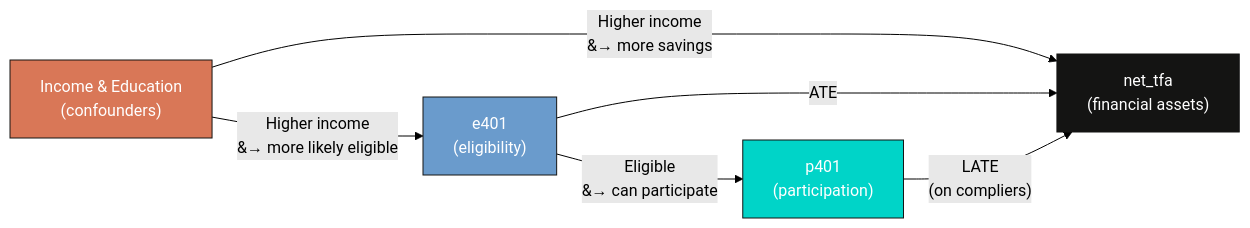
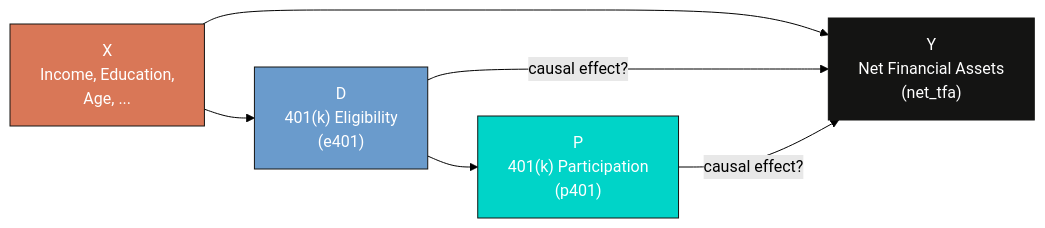
One commit to cmg777/starter-academic-v501 changed the first of 2 diagrams in content/post/python_doubleml_pension/index.md. Above: the diagram before and after it, drawn with Mermaid (forest theme). The commit also changed other lines of this file, not shown here.

````diff
--- a/content/post/python_doubleml_pension/index.md
+++ b/content/post/python_doubleml_pension/index.md
@@ -61,13 +61,13 @@
 ```mermaid
 graph LR
-    I["Income & Education<br/>(confounders)"] -->|"Higher income<br/>&#8594; more likely eligible"| E["e401<br/>(eligibility)"]
-    E -->|"Eligible<br/>&#8594; can participate"| P["p401<br/>(participation)"]
-    I -->|"Higher income<br/>&#8594; more savings"| Y["net_tfa<br/>(financial assets)"]
-    E -->|"ATE"| Y
-    P -->|"LATE<br/>(on compliers)"| Y
+    X["X<br/>Income, Education,<br/>Age, ..."] --> D["D<br/>401(k) Eligibility<br/>(e401)"]
+    X --> Y["Y<br/>Net Financial Assets<br/>(net_tfa)"]
+    D --> P["P<br/>401(k) Participation<br/>(p401)"]
+    D -->|"causal effect?"| Y
+    P -->|"causal effect?"| Y
 
-    style I fill:#d97757,stroke:#141413,color:#fff
-    style E fill:#6a9bcc,stroke:#141413,color:#fff
+    style X fill:#d97757,stroke:#141413,color:#fff
+    style D fill:#6a9bcc,stroke:#141413,color:#fff
     style P fill:#00d4c8,stroke:#141413,color:#fff
     style Y fill:#141413,stroke:#141413,color:#fff
 ```
````
